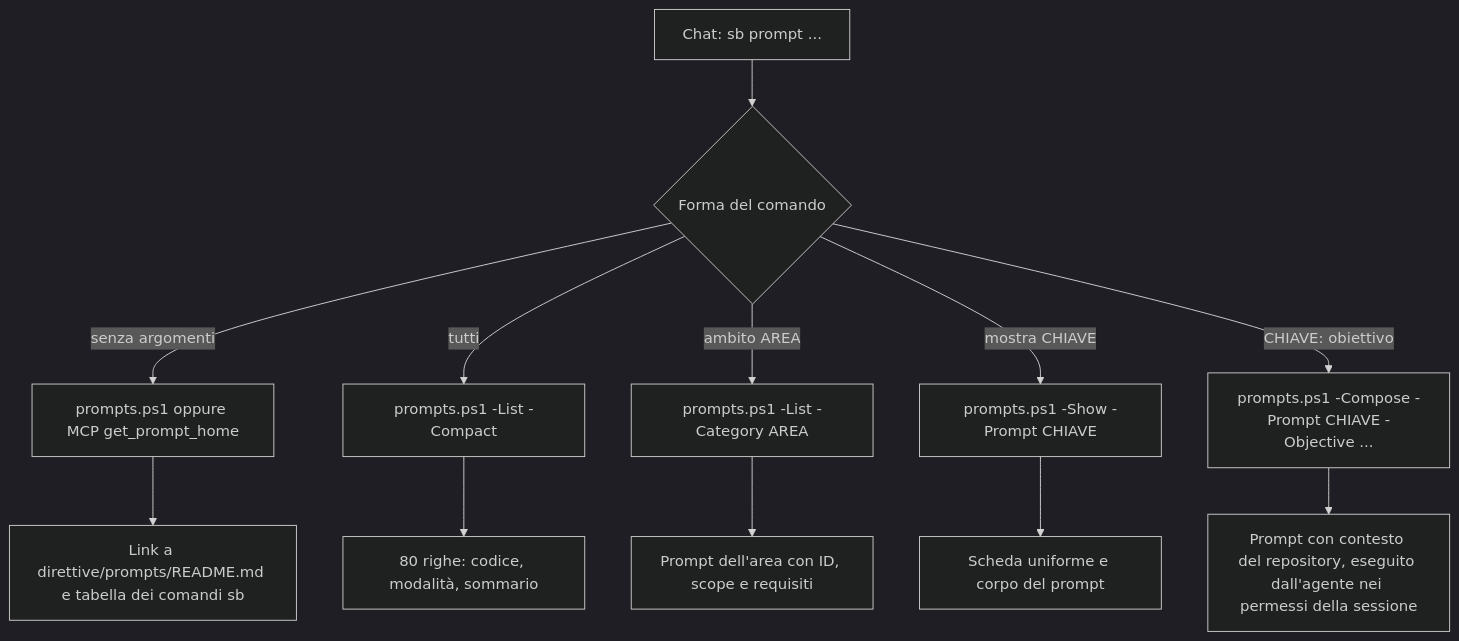
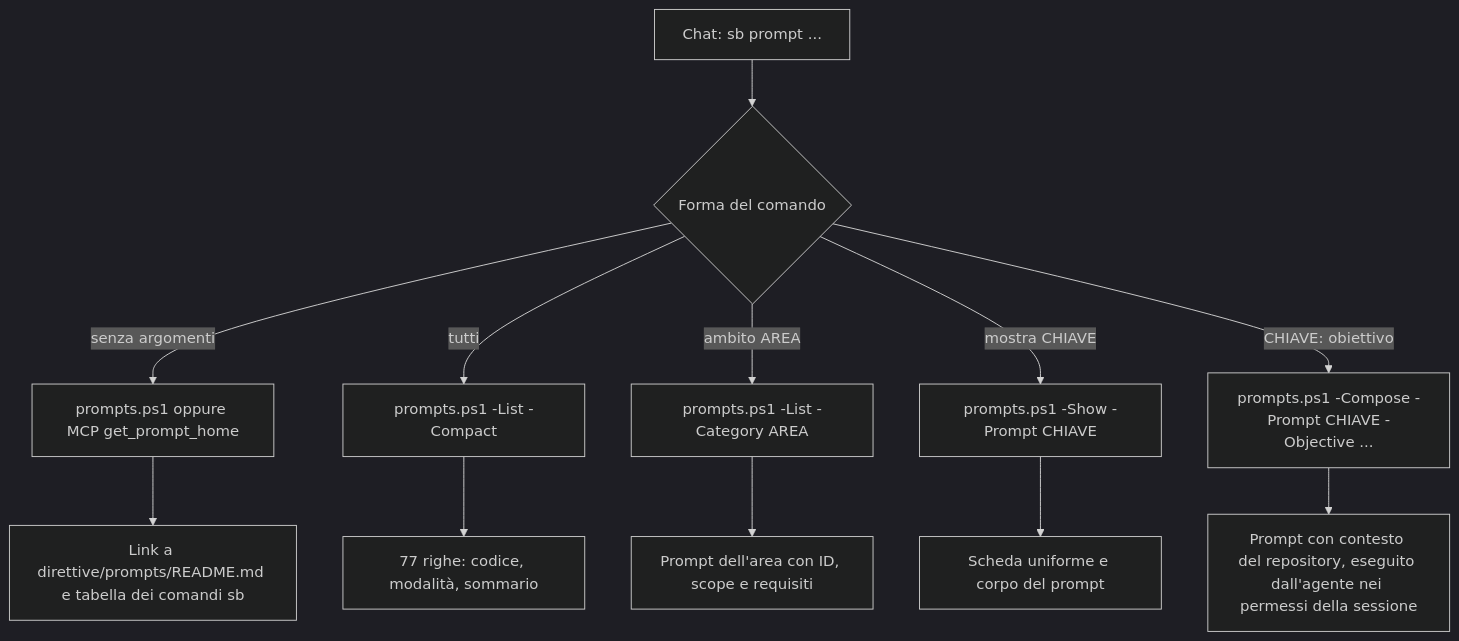
One commit to dennidalpos/secondbrain changed the second of 2 diagrams in docs/riferimento/customizing-prompts-and-directives.md. Above: the diagram before and after it, drawn with Mermaid (dark theme). The commit also changed other lines of this file and 27 other files, not shown here.

````diff
--- a/docs/riferimento/customizing-prompts-and-directives.md
+++ b/docs/riferimento/customizing-prompts-and-directives.md
@@ -236,14 +236,14 @@
 ```mermaid
 flowchart TD
     A["Chat: sb prompt ..."] --> B{"Forma del comando"}
     B -->|"senza argomenti"| C["prompts.ps1 oppure MCP get_prompt_home"]
     B -->|"tutti"| D["prompts.ps1 -List -Compact"]
     B -->|"ambito AREA"| E["prompts.ps1 -List -Category AREA"]
     B -->|"mostra CHIAVE"| F["prompts.ps1 -Show -Prompt CHIAVE"]
     B -->|"CHIAVE: obiettivo"| G["prompts.ps1 -Compose -Prompt CHIAVE -Objective ..."]
     C --> H["Link a direttive/prompts/README.md e tabella dei comandi sb"]
-    D --> I["80 righe: codice, modalità, sommario"]
+    D --> I["77 righe: codice, modalità, sommario"]
     E --> J["Prompt dell'area con ID, scope e requisiti"]
     F --> K["Scheda uniforme e corpo del prompt"]
     G --> L["Prompt con contesto del repository, eseguito dall'agente nei permessi della sessione"]
 ```
````
